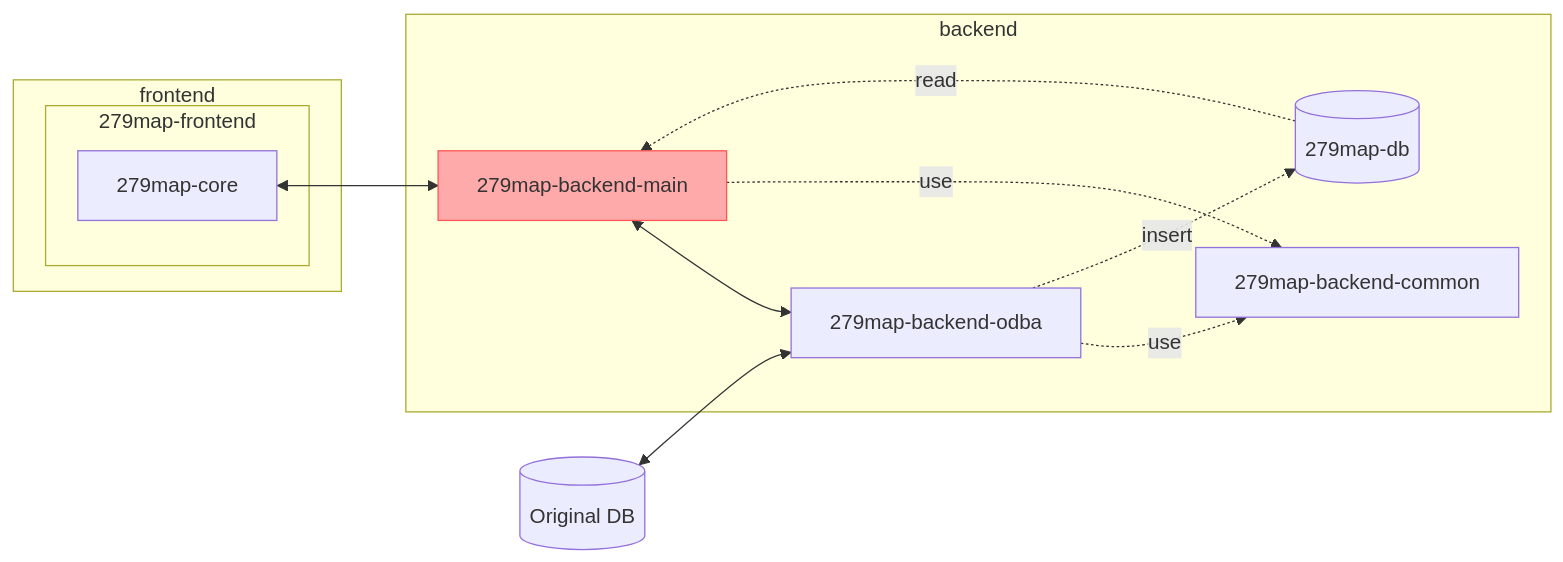
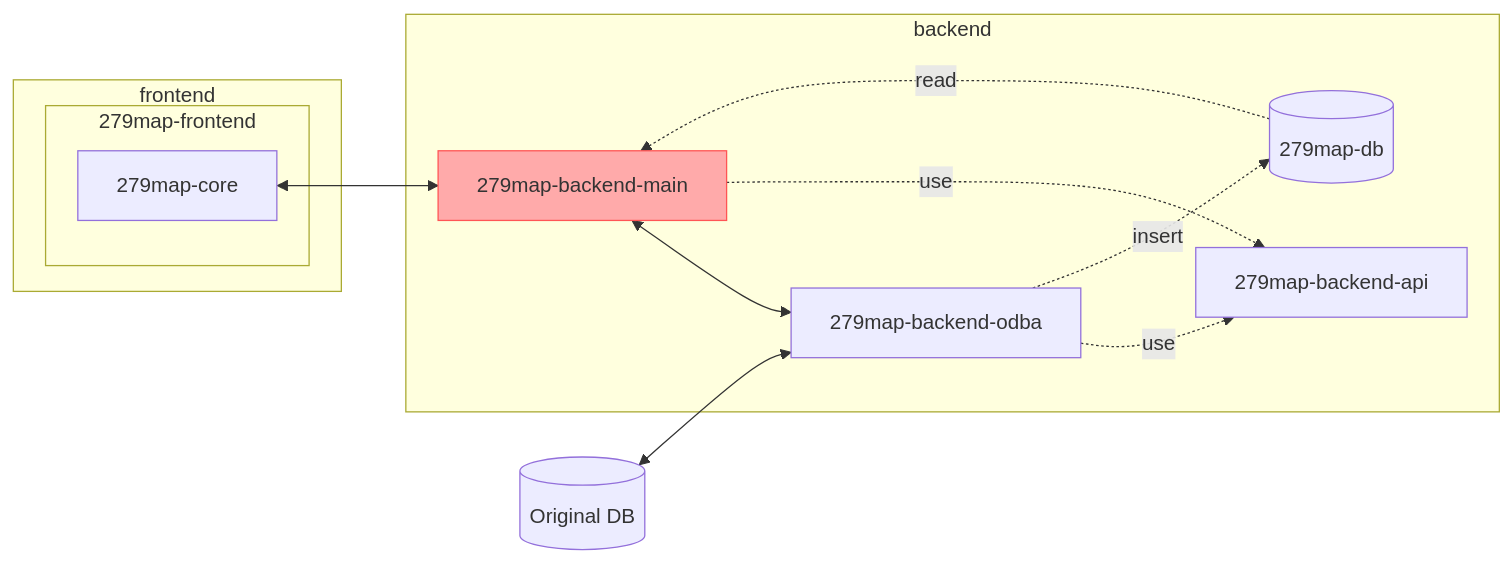
Before and after one commit to satocheeen/279map: the diagram in 279map-backend-main/README.md, drawn with Mermaid. The commit also changed 54 other files, not shown here.

Commit message:
279map-backend-commonをsubmodule化

````diff
--- a/279map-backend-main/README.md
+++ b/279map-backend-main/README.md
@@ -4,24 +4,24 @@
 ```mermaid
 flowchart LR
 	subgraph frontend
 		subgraph 279map-frontend
 			279map-core
 		end
 	end
 
 	subgraph backend
 		db[("279map-db")]
 		279map-backend-main
 
 		279map-backend-main <--> odba["279map-backend-odba"]
-		odba-."use".->279map-backend-common
-		279map-backend-main-."use".->279map-backend-common
+		odba-."use".->279map-backend-api
+		279map-backend-main-."use".->279map-backend-api
 
 		db -.read.-> 279map-backend-main
 		odba -.insert.-> db
 	end
 	279map-core <--> 279map-backend-main
 	original-db[("Original DB")] <--> odba
 
 	style 279map-backend-main fill:#faa, stroke:#f55
 ```
````
